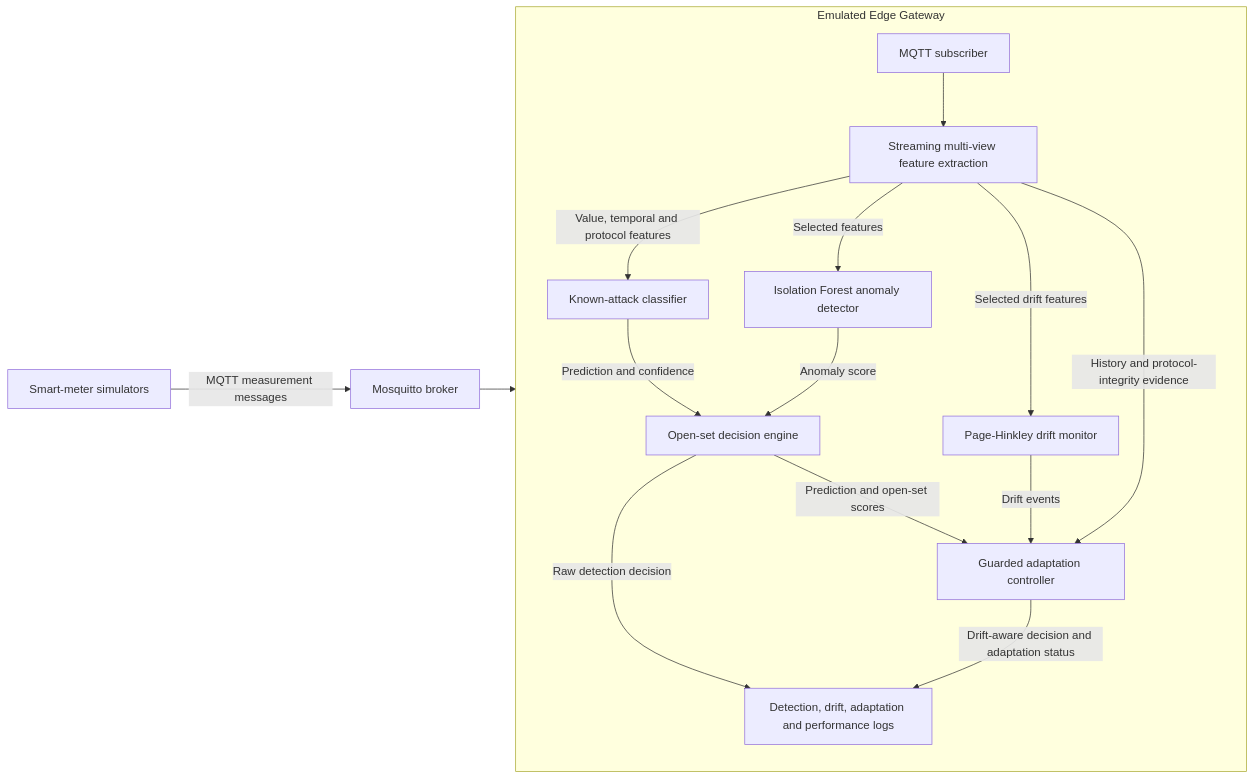
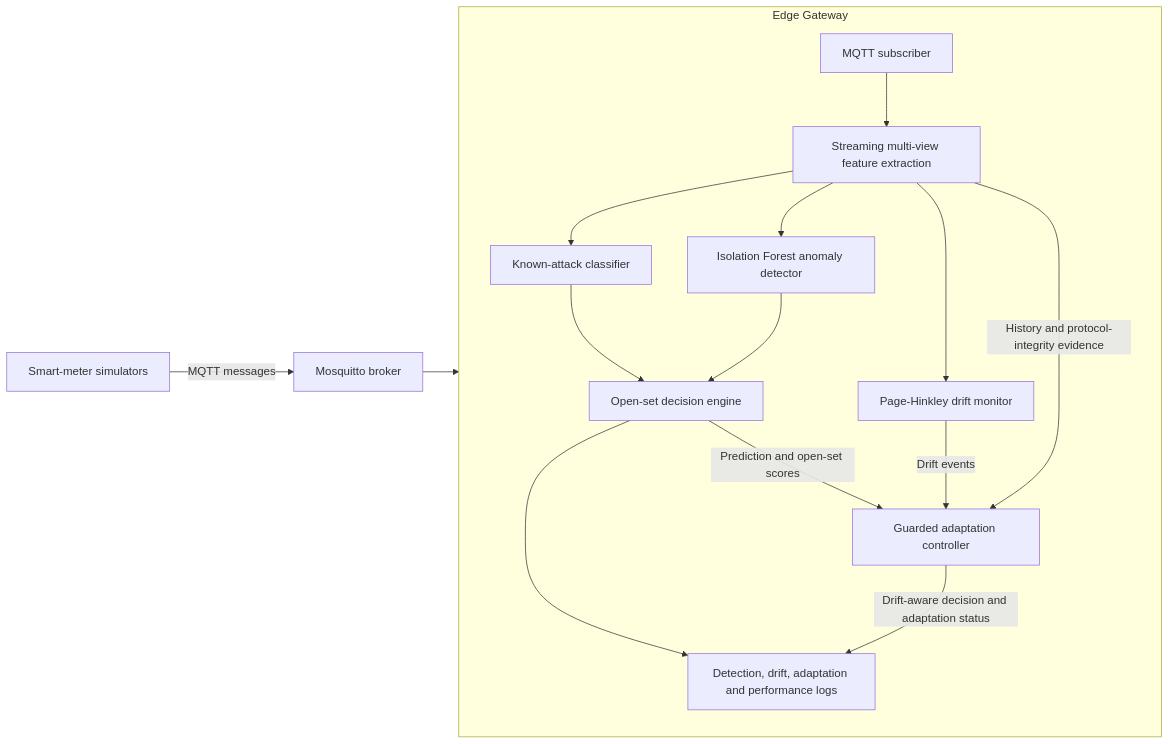
The diagram in README.md (pengbo960/Smartgrid-fdi-edge), drawn with Mermaid before and after one commit.

````diff
--- a/README.md
+++ b/README.md
@@ -31,37 +31,37 @@
 ```mermaid
 flowchart LR
     S["Smart-meter simulators"]
     B["Mosquitto broker"]
 
-    subgraph G["Emulated Edge Gateway"]
+    subgraph G["Edge Gateway"]
         C["MQTT subscriber"]
         F["Streaming multi-view feature extraction"]
 
         K["Known-attack classifier"]
         O["Isolation Forest anomaly detector"]
         D["Page-Hinkley drift monitor"]
 
         E["Open-set decision engine"]
         A["Guarded adaptation controller"]
         L["Detection, drift, adaptation and performance logs"]
 
         C --> F
 
-        F -->|"Value, temporal and protocol features"| K
-        F -->|"Selected features"| O
-        F -->|"Selected drift features"| D
+        F --> K
+        F --> O
+        F --> D
         F -->|"History and protocol-integrity evidence"| A
 
-        K -->|"Prediction and confidence"| E
-        O -->|"Anomaly score"| E
+        K --> E
+        O --> E
 
-        E -->|"Raw detection decision"| L
+        E --> L
         E -->|"Prediction and open-set scores"| A
         D -->|"Drift events"| A
 
         A -->|"Drift-aware decision and adaptation status"| L
     end
 
-    S -->|"MQTT measurement messages"| B
+    S -->|"MQTT messages"| B
     B --> G
 ```
````
